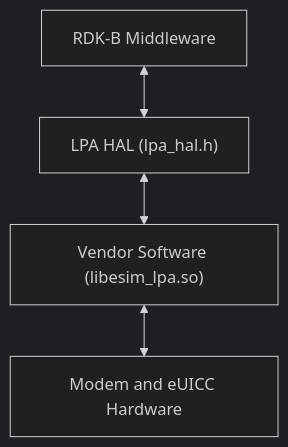
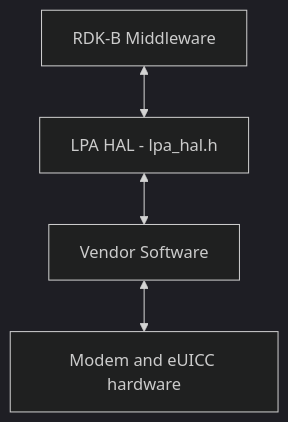
The first of 3 diagrams in docs/pages/halSpec.md (Blitzy-Sky/rdkb-halif-lpa), drawn with Mermaid (dark theme) before and after one commit. The commit also changed other lines of this file, not shown here.

First line of the commit message:
docs: correct LPA HAL blocking, teardown and state documentation

````diff
--- a/docs/pages/halSpec.md
+++ b/docs/pages/halSpec.md
@@ -36,6 +36,6 @@
 ```mermaid
 flowchart TD
-    Caller["RDK-B Middleware"] <--> HAL["LPA HAL (lpa_hal.h)"]
-    HAL <--> Vendor["Vendor Software (libesim_lpa.so)"]
-    Vendor <--> Hardware["Modem and eUICC Hardware"]
+    Caller["RDK-B Middleware"] <--> HAL["LPA HAL - lpa_hal.h"]
+    HAL <--> Vendor["Vendor Software"]
+    Vendor <--> Hardware["Modem and eUICC hardware"]
 ```
````
